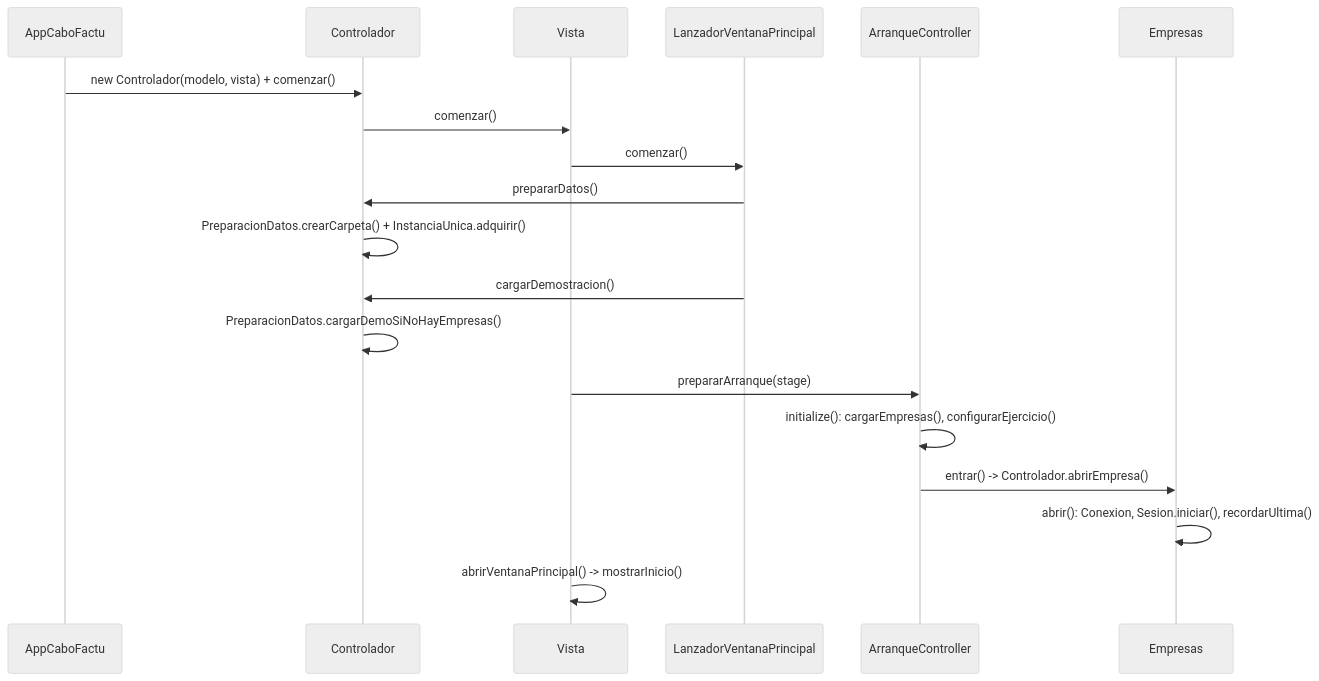
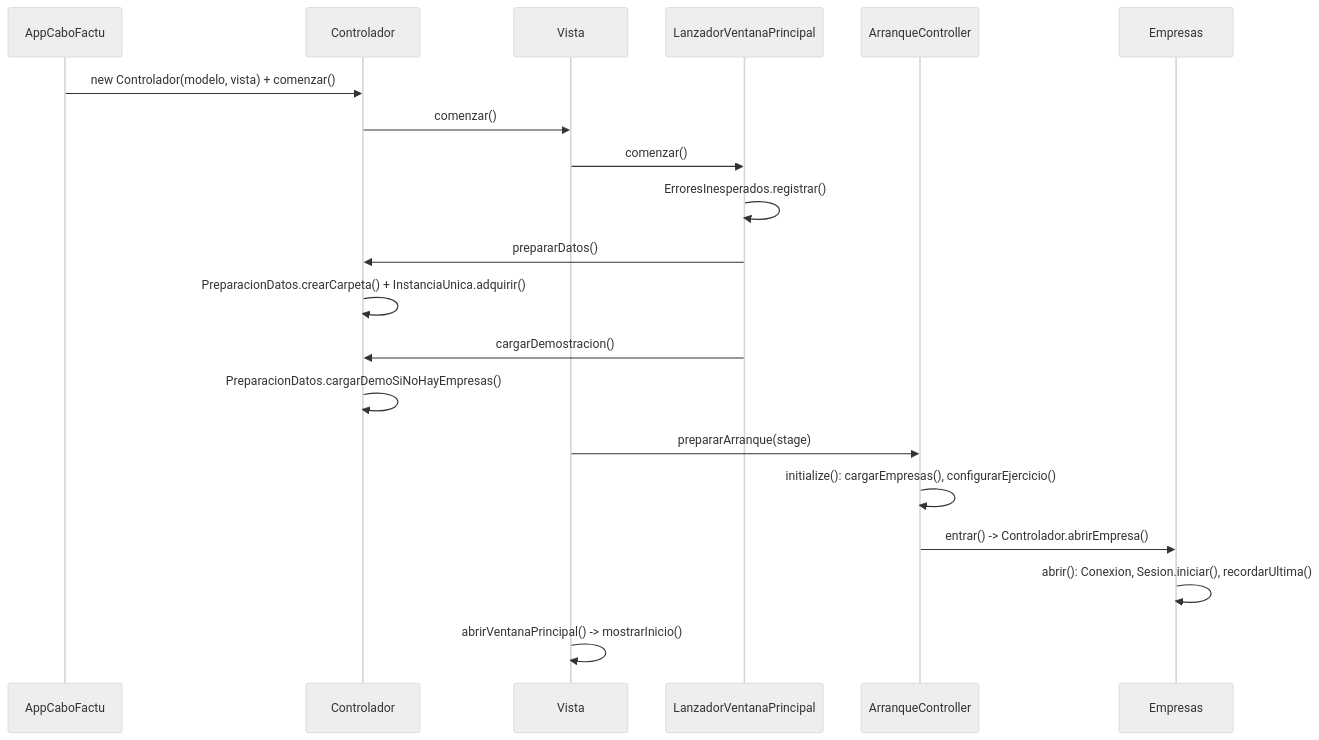
One commit to jribanezgarcia/factura_prueba changed the first of 2 diagrams in docs/flujos.md. Above: the diagram before and after it, drawn with Mermaid (neutral theme). The commit also changed other lines of this file and 29 other files, not shown here.

Commit message:
fix: documentacion-final, ortografía, logo de la demo y errores inesperados

````diff
--- a/docs/flujos.md
+++ b/docs/flujos.md
@@ -26,22 +26,23 @@
 ```mermaid
 sequenceDiagram
     participant M as AppCaboFactu
     participant C as Controlador
     participant V as Vista
     participant L as LanzadorVentanaPrincipal
     participant A as ArranqueController
     participant E as Empresas
 
     M->>C: new Controlador(modelo, vista) + comenzar()
     C->>V: comenzar()
     V->>L: comenzar()
+    L->>L: ErroresInesperados.registrar()
     L->>C: prepararDatos()
     C->>C: PreparacionDatos.crearCarpeta() + InstanciaUnica.adquirir()
     L->>C: cargarDemostracion()
     C->>C: PreparacionDatos.cargarDemoSiNoHayEmpresas()
     V->>A: prepararArranque(stage)
     A->>A: initialize(): cargarEmpresas(), configurarEjercicio()
     A->>E: entrar() -> Controlador.abrirEmpresa()
     E->>E: abrir(): Conexion, Sesion.iniciar(), recordarUltima()
     V->>V: abrirVentanaPrincipal() -> mostrarInicio()
 ```
````
